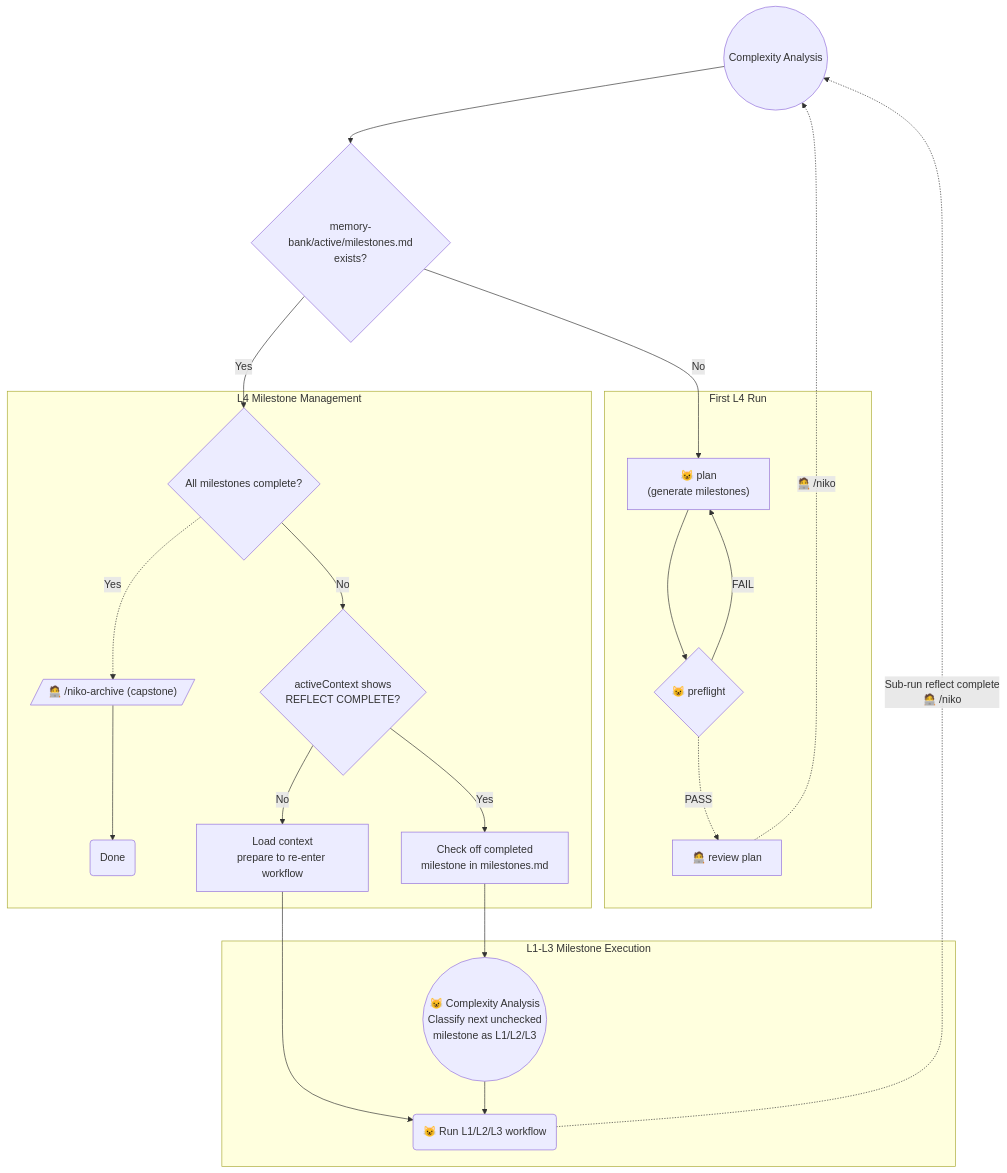
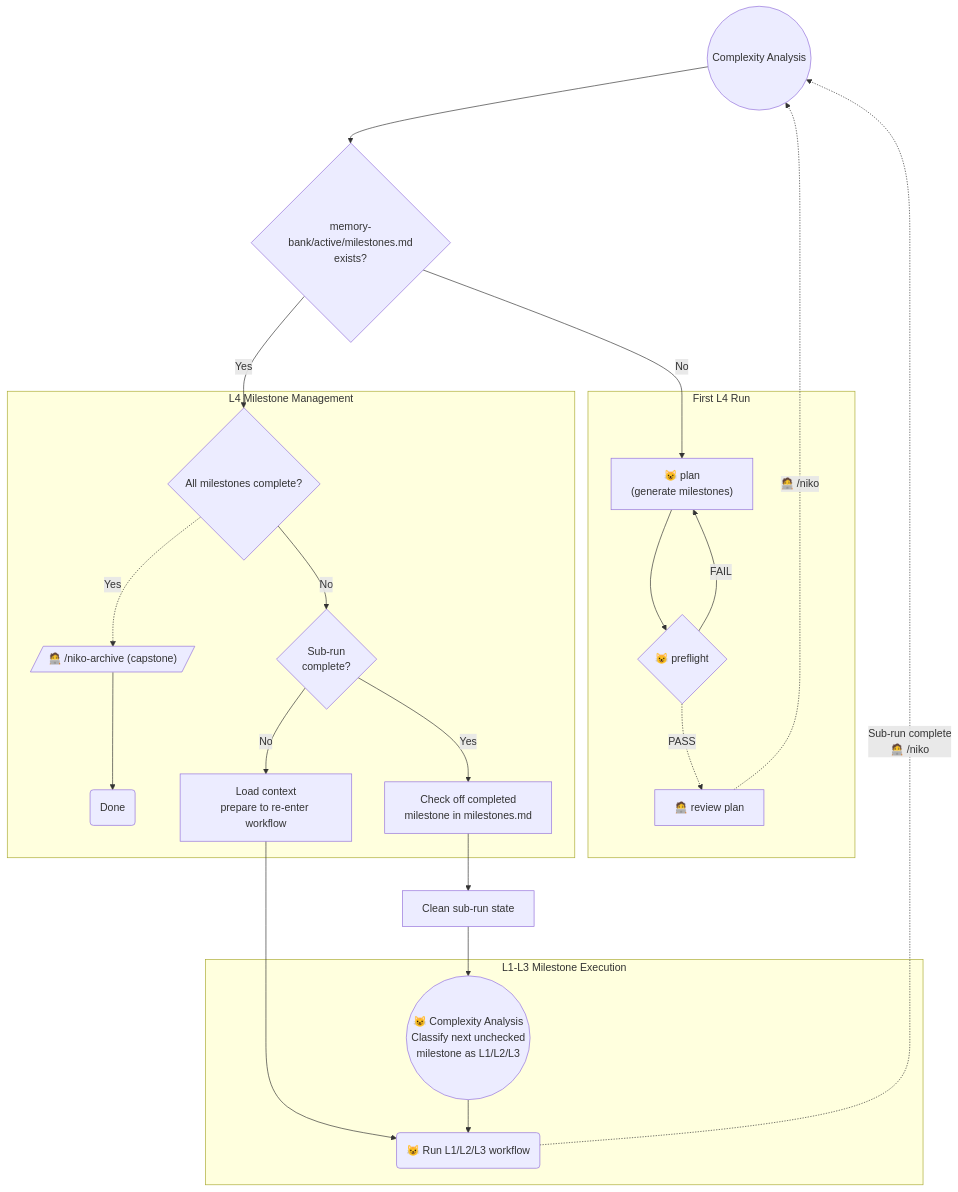
Before and after one commit to Texarkanine/.cursor-rules: the diagram in rulesets/niko/niko/level4/level4-workflow.mdc, drawn with Mermaid. The commit also changed other lines of this file and 7 other files, not shown here.

First line of the commit message:
fix: L4 sub-run completion directs to /niko re-entry instead of /niko-archive

````diff
--- a/rulesets/niko/niko/level4/level4-workflow.mdc
+++ b/rulesets/niko/niko/level4/level4-workflow.mdc
@@ -11,48 +11,49 @@
 ```mermaid
 graph TD
 
     Start(("Complexity Analysis"))
     CheckIfMilestones{"memory-bank/active/milestones.md<br>exists?"}
 
     subgraph Init["First L4 Run"]
         NikoPlan["😺 plan<br>(generate milestones)"]
         NikoPreflight{"😺 preflight"}
         ManualReview["🧑‍💻 review plan"]
     end
 
     subgraph ReEntry["L4 Milestone Management"]
         CheckMilestoneCompletion{"All milestones complete?"}
         Capstone[/"🧑‍💻 /niko-archive (capstone)"/]
         Capstone -->Done("Done")
-        PrevDone{"activeContext shows<br>REFLECT COMPLETE?"}
+        PrevDone{"Sub-run<br>complete?"}
         CheckOff["Check off completed<br>milestone in milestones.md"]
         Resume["Load context<br>prepare to re-enter workflow"]
     end
 
     subgraph SubWorkflow["L1-L3 Milestone Execution"]
         NextSub(("😺 Complexity Analysis<br>Classify next unchecked<br>milestone as L1/L2/L3"))
         SubRun("😺 Run L1/L2/L3 workflow")
     end
 
     Start --> CheckIfMilestones
 
     CheckIfMilestones -->|"No"| NikoPlan
     NikoPlan --> NikoPreflight
     NikoPreflight -->|"FAIL"| NikoPlan
 
     NikoPreflight -.->|"PASS"| ManualReview
     ManualReview -.->|"🧑‍💻 /niko"| Start
 
     CheckIfMilestones -->|"Yes"| CheckMilestoneCompletion
     CheckMilestoneCompletion -.->|"Yes"| Capstone
 
     CheckMilestoneCompletion -->|"No"| PrevDone
     PrevDone --"Yes"--> CheckOff
-    CheckOff --> NextSub
+    CheckOff --> Cleanup["Clean sub-run state"]
+    Cleanup --> NextSub
 
     PrevDone --"No"--> Resume
     Resume --> SubRun
 
     NextSub --> SubRun
-    SubRun -.->|"Sub-run reflect complete<br>🧑‍💻 /niko"| Start
+    SubRun -.->|"Sub-run complete<br>🧑‍💻 /niko"| Start
 ```
````
